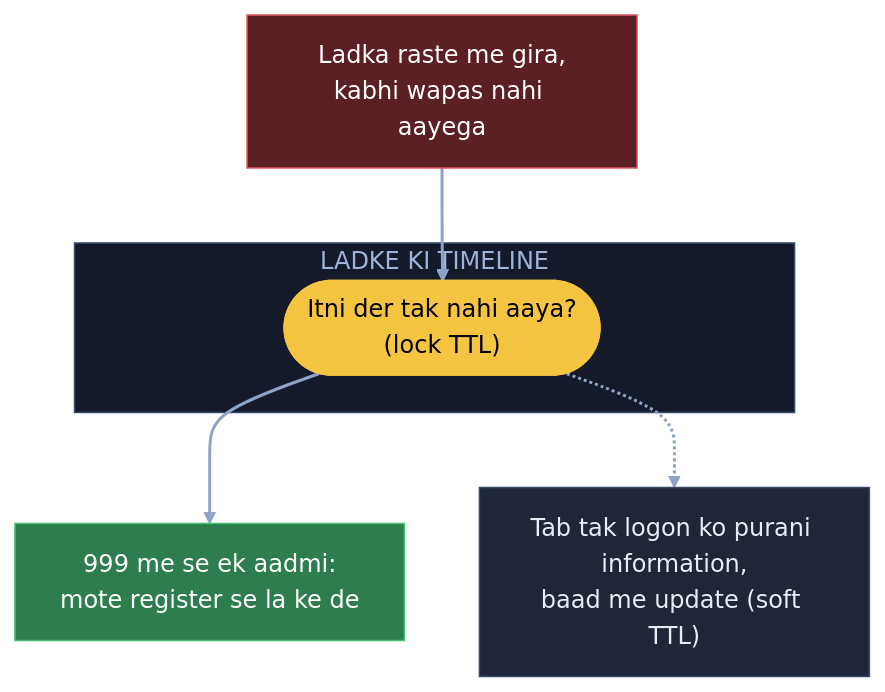
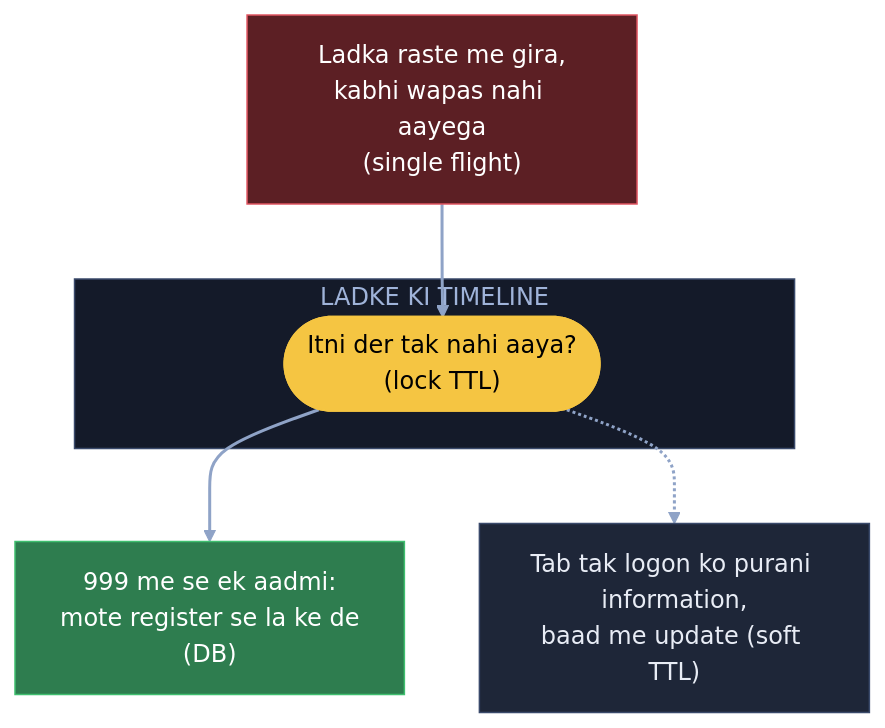
Before and after one commit to ArpanMaheshwari144/Prep: the sixth of 14 diagrams in 04_HLD/SYSTEM_DESIGNS/01_url_shortener/01_url_shortener.md, drawn with Mermaid. The commit also changed other lines of this file and 22 other files, not shown here.

Commit message:
Diagram: sirf kahani ke dohraaye shabd pe bracket, us jagah notes wala matlab (207 label)

````diff
--- a/04_HLD/SYSTEM_DESIGNS/01_url_shortener/01_url_shortener.md
+++ b/04_HLD/SYSTEM_DESIGNS/01_url_shortener/01_url_shortener.md
@@ -223,18 +223,18 @@
 ```mermaid
 flowchart TB
-    L["Ladka raste me gira,<br/>kabhi wapas nahi aayega"]:::bad
+    L["Ladka raste me gira,<br/>kabhi wapas nahi aayega<br/>(single flight)"]:::bad
     subgraph TL["LADKE KI TIMELINE"]
         T(["Itni der tak nahi aaya?<br/>(lock TTL)"]):::pill
     end
-    A["999 me se ek aadmi:<br/>mote register se la ke de"]:::good
+    A["999 me se ek aadmi:<br/>mote register se la ke de<br/>(DB)"]:::good
     P["Tab tak logon ko purani information,<br/>baad me update (soft TTL)"]:::card
     L --> T
     T --> A
     T -.-> P
     linkStyle default stroke:#8fa3c7,stroke-width:2px
     classDef card fill:#1e2638,stroke:#3a4a6b,color:#e8ecf5
     classDef pill fill:#f5c542,stroke:#f5c542,color:#000
     classDef good fill:#2e7d4f,stroke:#3fbf6f,color:#fff
     classDef bad fill:#5c1f24,stroke:#e05561,color:#fff
     style TL fill:#141a29,stroke:#3a4a6b,color:#9fb3d9
 ```
````
